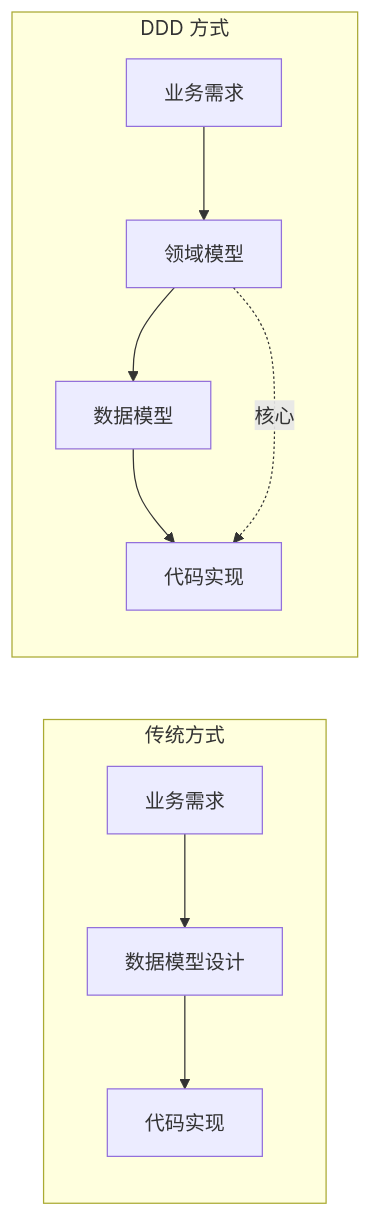
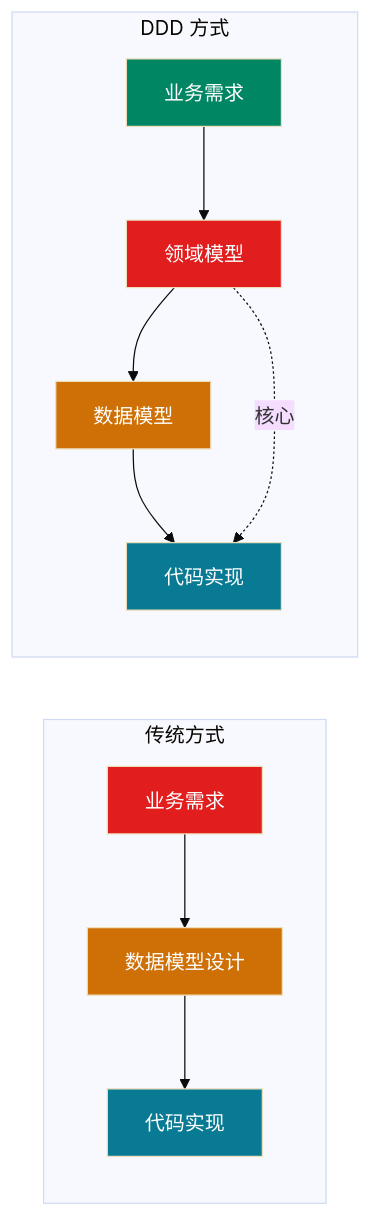
One commit to microwind/design-patterns changed the third of 12 diagrams in domain-driven-design/一文搞懂DDD领域驱动设计.md. Above: the diagram before and after it, drawn with Mermaid. The commit also changed other lines of this file, not shown here.

````diff
--- a/domain-driven-design/一文搞懂DDD领域驱动设计.md
+++ b/domain-driven-design/一文搞懂DDD领域驱动设计.md
@@ -80,15 +92,24 @@
 ```mermaid
+%%{init: {'theme': 'base', 'themeVariables': { 'sectionBkgColor': '#f1f1f1', 'altSectionBkgColor': '#f1f1f1', 'gridColor': '#e9ecef'}}}%%
 flowchart LR
     subgraph 传统["传统方式"]
         A[业务需求] --> B[数据模型设计]
         B --> C[代码实现]
     end
     
     subgraph DDD["DDD 方式"]
         D[业务需求] --> E[领域模型]
         E --> F[数据模型]
         F --> G[代码实现]
     end
     
     E -.核心.-> G
+    
+    style A fill:#E11D1D,color:#ffffff
+    style B fill:#CE7005,color:#FFFFFF
+    style C fill:#097A93,color:#ffffff
+    style D fill:#018663,color:#ffffff
+    style E fill:#E11D1D,color:#ffffff
+    style F fill:#CE7005,color:#FFFFFF
+    style G fill:#097A93,color:#ffffff
 ```
````
